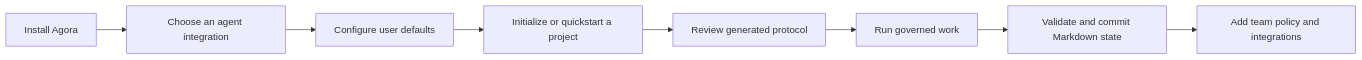
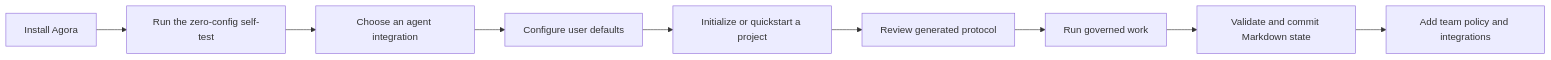
One commit to Modern-Ash/agora changed the first of 6 diagrams in docs/adoption.md. Above: the diagram before and after it, drawn with Mermaid. The commit also changed other lines of this file and 3 other files, not shown here.

````diff
--- a/docs/adoption.md
+++ b/docs/adoption.md
@@ -9,10 +9,11 @@
 ```mermaid
 flowchart LR
-    A[Install Agora] --> B[Choose an agent integration]
-    B --> C[Configure user defaults]
-    C --> D[Initialize or quickstart a project]
-    D --> E[Review generated protocol]
-    E --> F[Run governed work]
-    F --> G[Validate and commit Markdown state]
-    G --> H[Add team policy and integrations]
+    A[Install Agora] --> B[Run the zero-config self-test]
+    B --> C[Choose an agent integration]
+    C --> D[Configure user defaults]
+    D --> E[Initialize or quickstart a project]
+    E --> F[Review generated protocol]
+    F --> G[Run governed work]
+    G --> H[Validate and commit Markdown state]
+    H --> I[Add team policy and integrations]
 ```
````
